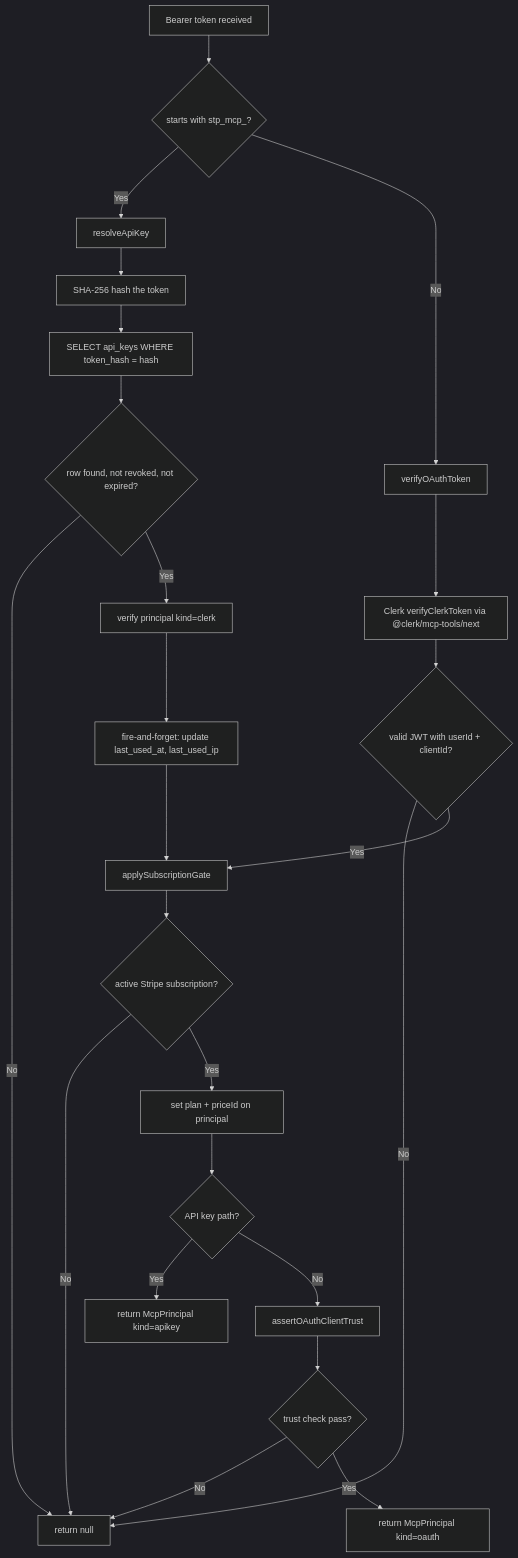
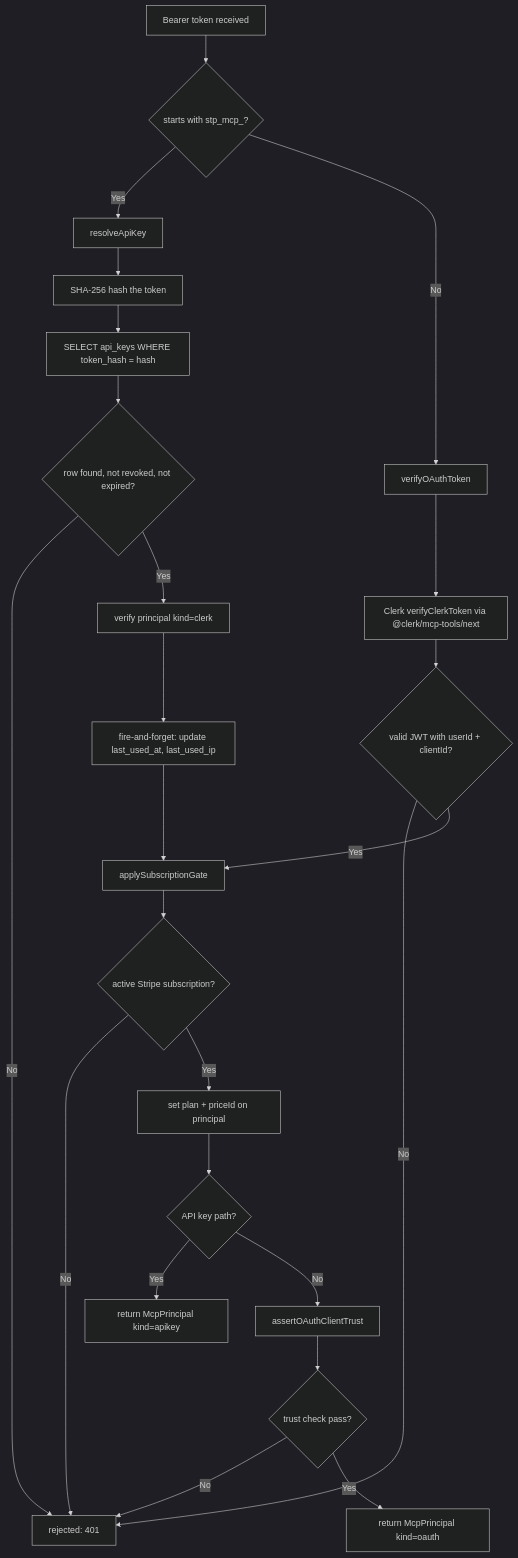
One commit to Andy00L/sharetopus changed the third of 4 diagrams in docs/AUTH.md. Above: the diagram before and after it, drawn with Mermaid (dark theme). The commit also changed other lines of this file and 13 other files, not shown here.

````diff
--- a/docs/AUTH.md
+++ b/docs/AUTH.md
@@ -133,30 +133,30 @@
 ```mermaid
 flowchart TD
     A[Bearer token received] --> B{starts with stp_mcp_?}
 
     B -- Yes --> C[resolveApiKey]
     C --> C1[SHA-256 hash the token]
     C1 --> C2[SELECT api_keys WHERE token_hash = hash]
     C2 --> C3{row found, not revoked, not expired?}
-    C3 -- No --> FAIL[return null]
+    C3 -- No --> FAIL[rejected: 401]
     C3 -- Yes --> C4[verify principal kind=clerk]
     C4 --> C5[fire-and-forget: update last_used_at, last_used_ip]
     C5 --> GATE
 
     B -- No --> D[verifyOAuthToken]
     D --> D1[Clerk verifyClerkToken via @clerk/mcp-tools/next]
     D1 --> D2{valid JWT with userId + clientId?}
     D2 -- No --> FAIL
     D2 -- Yes --> GATE
 
     GATE[applySubscriptionGate] --> G1{active Stripe subscription?}
     G1 -- No --> FAIL
     G1 -- Yes --> G2[set plan + priceId on principal]
 
     G2 --> E{API key path?}
     E -- Yes --> SUCCESS[return McpPrincipal kind=apikey]
     E -- No --> F[assertOAuthClientTrust]
     F --> F1{trust check pass?}
     F1 -- No --> FAIL
     F1 -- Yes --> SUCCESS2[return McpPrincipal kind=oauth]
 ```
````
